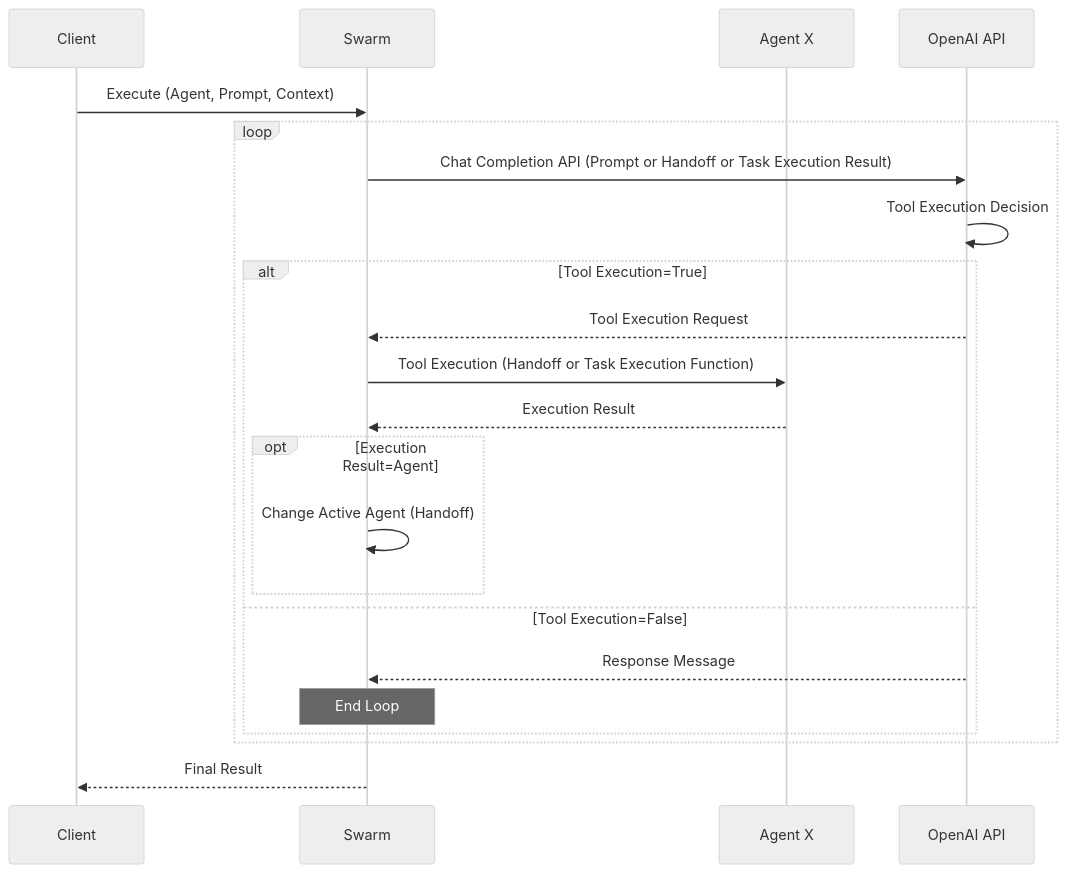
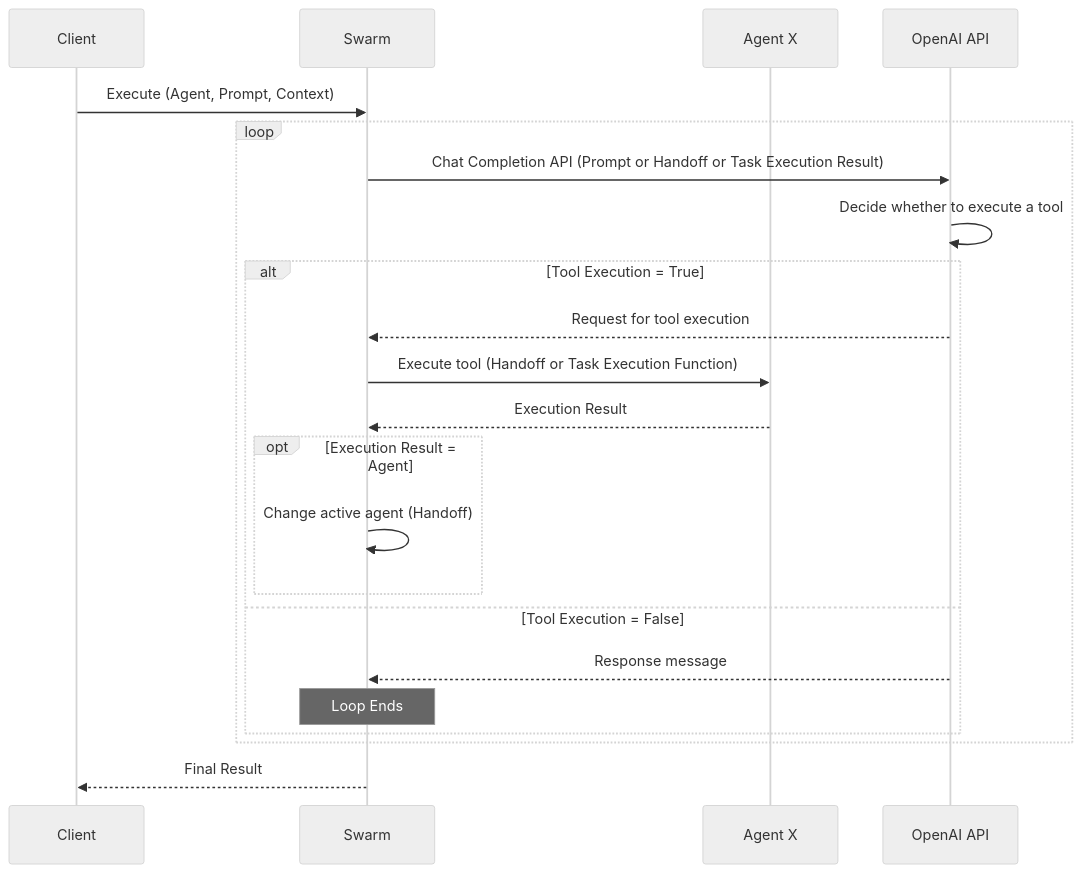
The second of 3 diagrams in src/en/posts/blogs/2024/1204_openai-swarm-multi-agent-intro.md (mamezou-tech/mamezou-tech-site), drawn with Mermaid (neutral theme) before and after one commit. The commit also changed other lines of this file and 3 other files, not shown here.

````diff
--- a/src/en/posts/blogs/2024/1204_openai-swarm-multi-agent-intro.md
+++ b/src/en/posts/blogs/2024/1204_openai-swarm-multi-agent-intro.md
@@ -129,27 +139,27 @@
 ```mermaid
 sequenceDiagram
     participant User as Client
     participant Swarm
     participant Agent as Agent X
     participant API as OpenAI API
 
     User->>Swarm: Execute (Agent, Prompt, Context)
 
     loop
         Swarm->>API: Chat Completion API (Prompt or Handoff or Task Execution Result)
-        API->>API: Tool Execution Decision
-        alt Tool Execution=True
-            API-->>Swarm: Tool Execution Request
-            Swarm->>Agent: Tool Execution (Handoff or Task Execution Function)
+        API->>API: Decide whether to execute a tool
+        alt Tool Execution = True
+            API-->>Swarm: Request for tool execution
+            Swarm->>Agent: Execute tool (Handoff or Task Execution Function)
             Agent-->>Swarm: Execution Result
 
-            opt Execution Result=Agent
-                Swarm->>Swarm: Change Active Agent (Handoff)
+            opt Execution Result = Agent
+                Swarm->>Swarm: Change active agent (Handoff)
             end
-        else Tool Execution=False
-            API-->>Swarm: Response Message
-            Note over Swarm: End Loop
+        else Tool Execution = False
+            API-->>Swarm: Response message
+            Note over Swarm: Loop Ends
         end
     end
     Swarm-->>User: Final Result
 ```
````
